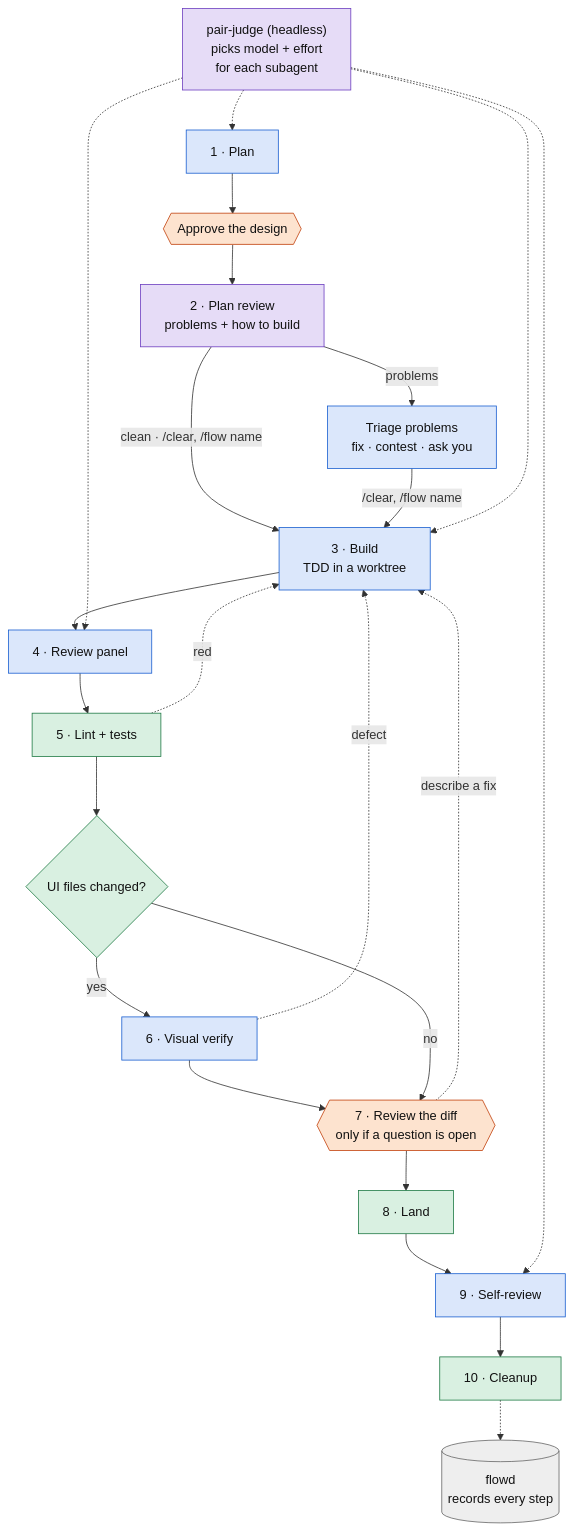
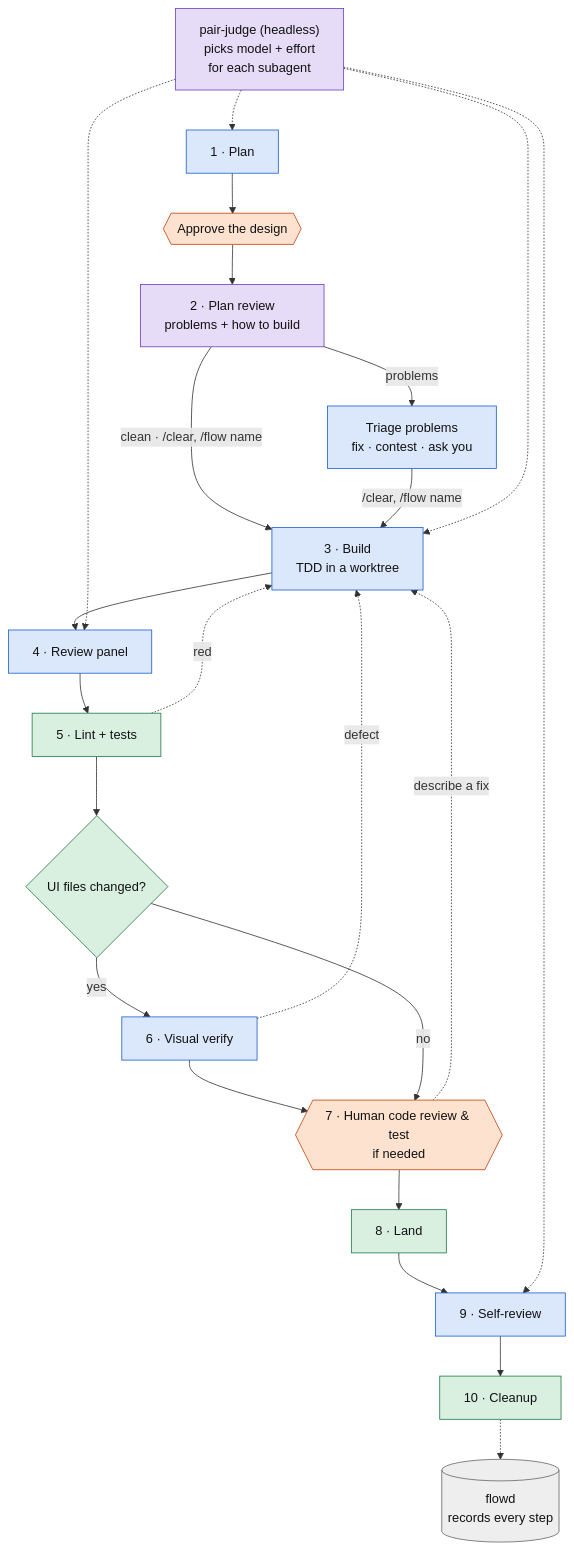
Before and after one commit to tweety53/agents: the second of 2 diagrams in README.md, drawn with Mermaid.

Commit message:
docs(readme): label the flow diagram step 7 as human code review and test

````diff
--- a/README.md
+++ b/README.md
@@ -50,41 +50,41 @@
 ```mermaid
 flowchart TD
     plan["1 · Plan"]:::agent
     pc["2 · Plan review<br/>problems + how to build"]:::head
     tri["Triage problems<br/>fix · contest · ask you"]:::agent
     appr{{"Approve the design"}}:::you
     build["3 · Build<br/>TDD in a worktree"]:::agent
     panel["4 · Review panel"]:::agent
     lint["5 · Lint + tests"]:::guard
     trig{"UI files changed?"}:::guard
     vv["6 · Visual verify"]:::agent
-    diff{{"7 · Review the diff<br/>only if a question is open"}}:::you
+    diff{{"7 · Human code review & test<br/>if needed"}}:::you
     land["8 · Land"]:::guard
     sr["9 · Self-review"]:::agent
     done["10 · Cleanup"]:::guard
 
     plan --> appr --> pc
     pc -- problems --> tri
     pc -- "clean · /clear, /flow name" --> build
     tri -- "/clear, /flow name" --> build
     build --> panel --> lint --> trig
     trig -- yes --> vv --> diff
     trig -- no --> diff
     lint -. red .-> build
     vv -. defect .-> build
     diff -. "describe a fix" .-> build
     diff --> land --> sr --> done
 
     pj["pair-judge (headless)<br/>picks model + effort<br/>for each subagent"]:::head
     pj -.-> plan
     pj -.-> build
     pj -.-> panel
     pj -.-> sr
     done -.-> flowd[("flowd<br/>records every step")]:::store
 
     classDef you fill:#fde3cf,stroke:#c2410c,color:#111
     classDef agent fill:#dbe7fb,stroke:#1a5fd0,color:#111
     classDef head fill:#e6dcf7,stroke:#6d3fc0,color:#111
     classDef guard fill:#d9f0e1,stroke:#1f7a45,color:#111
     classDef store fill:#eee,stroke:#666,color:#111
 ```
````
